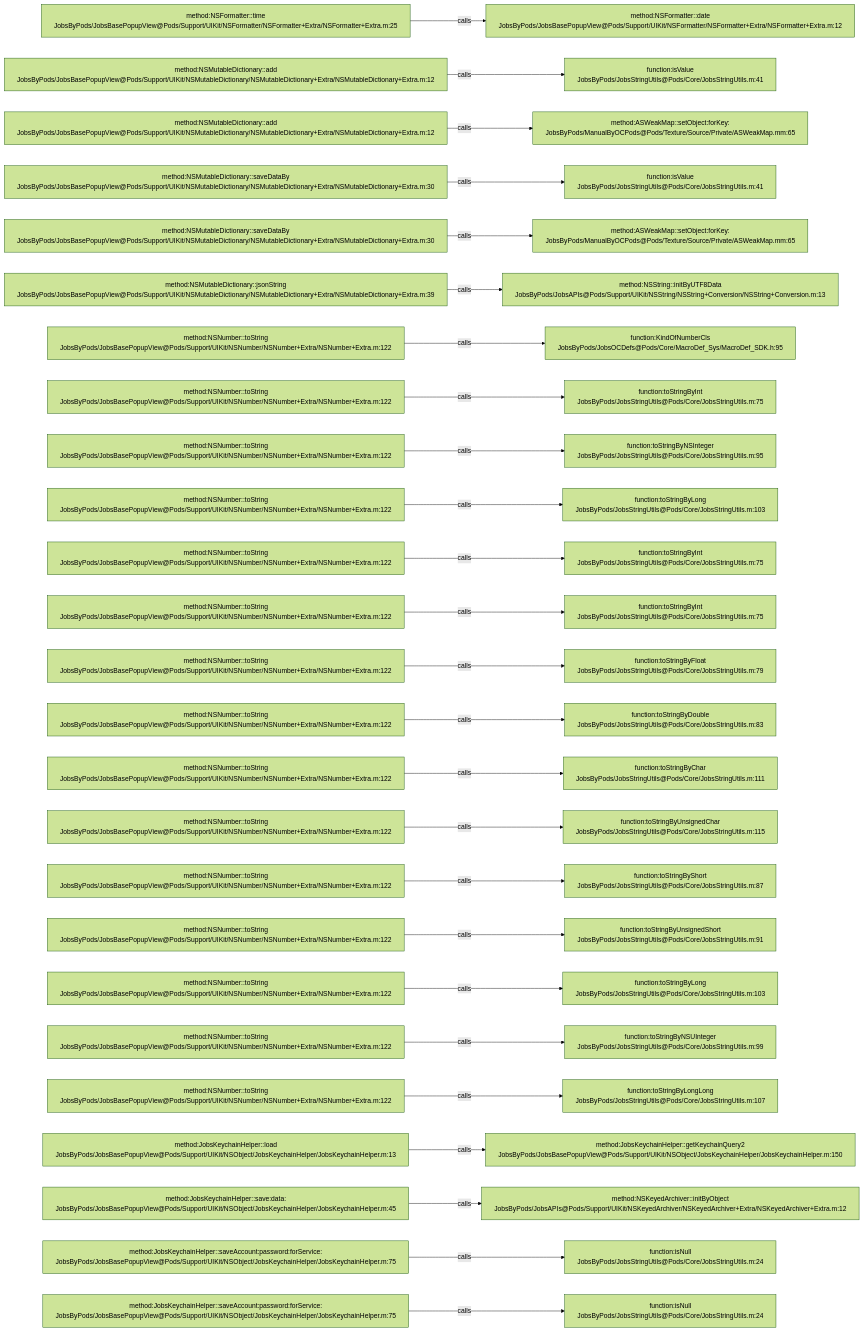
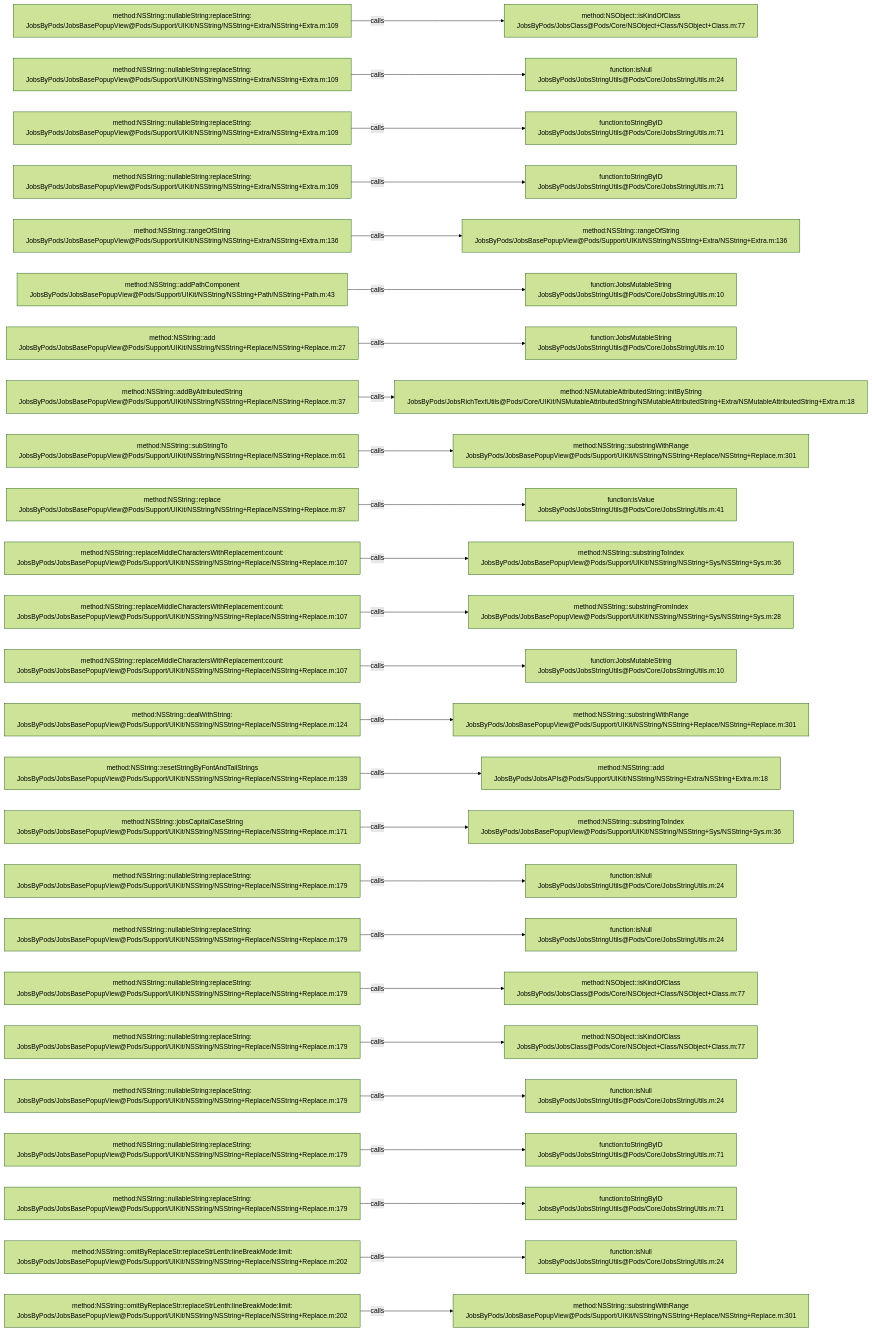
Before and after one commit to JobsKits/JobsOCBaseConfigDemo: the diagram in .codegraph/codegraph.md/graphs/calls-021.md, drawn with Mermaid (forest theme). The commit also changed 1026 other files, not shown here.

````diff
--- a/.codegraph/codegraph.md/graphs/calls-021.md
+++ b/.codegraph/codegraph.md/graphs/calls-021.md
@@ -13,78 +13,78 @@
 ```mermaid
 flowchart LR
-  S1["method:NSFormatter::time<br/>JobsByPods/JobsBasePopupView@Pods/Support/UIKit/NSFormatter/NSFormatter+Extra/NSFormatter+Extra.m:25"]
-  T1["method:NSFormatter::date<br/>JobsByPods/JobsBasePopupView@Pods/Support/UIKit/NSFormatter/NSFormatter+Extra/NSFormatter+Extra.m:12"]
+  S1["method:NSString::nullableString:replaceString:<br/>JobsByPods/JobsBasePopupView@Pods/Support/UIKit/NSString/NSString+Extra/NSString+Extra.m:109"]
+  T1["method:NSObject::isKindOfClass<br/>JobsByPods/JobsClass@Pods/Core/NSObject+Class/NSObject+Class.m:77"]
   S1 -->|calls| T1
-  S2["method:NSMutableDictionary::add<br/>JobsByPods/JobsBasePopupView@Pods/Support/UIKit/NSMutableDictionary/NSMutableDictionary+Extra/NSMutableDictionary+Extra.m:12"]
-  T2["function:isValue<br/>JobsByPods/JobsStringUtils@Pods/Core/JobsStringUtils.m:41"]
+  S2["method:NSString::nullableString:replaceString:<br/>JobsByPods/JobsBasePopupView@Pods/Support/UIKit/NSString/NSString+Extra/NSString+Extra.m:109"]
+  T2["function:isNull<br/>JobsByPods/JobsStringUtils@Pods/Core/JobsStringUtils.m:24"]
   S2 -->|calls| T2
-  S3["method:NSMutableDictionary::add<br/>JobsByPods/JobsBasePopupView@Pods/Support/UIKit/NSMutableDictionary/NSMutableDictionary+Extra/NSMutableDictionary+Extra.m:12"]
-  T3["method:ASWeakMap::setObject:forKey:<br/>JobsByPods/ManualByOCPods@Pods/Texture/Source/Private/ASWeakMap.mm:65"]
+  S3["method:NSString::nullableString:replaceString:<br/>JobsByPods/JobsBasePopupView@Pods/Support/UIKit/NSString/NSString+Extra/NSString+Extra.m:109"]
+  T3["function:toStringByID<br/>JobsByPods/JobsStringUtils@Pods/Core/JobsStringUtils.m:71"]
   S3 -->|calls| T3
-  S4["method:NSMutableDictionary::saveDataBy<br/>JobsByPods/JobsBasePopupView@Pods/Support/UIKit/NSMutableDictionary/NSMutableDictionary+Extra/NSMutableDictionary+Extra.m:30"]
-  T4["function:isValue<br/>JobsByPods/JobsStringUtils@Pods/Core/JobsStringUtils.m:41"]
+  S4["method:NSString::nullableString:replaceString:<br/>JobsByPods/JobsBasePopupView@Pods/Support/UIKit/NSString/NSString+Extra/NSString+Extra.m:109"]
+  T4["function:toStringByID<br/>JobsByPods/JobsStringUtils@Pods/Core/JobsStringUtils.m:71"]
   S4 -->|calls| T4
-  S5["method:NSMutableDictionary::saveDataBy<br/>JobsByPods/JobsBasePopupView@Pods/Support/UIKit/NSMutableDictionary/NSMutableDictionary+Extra/NSMutableDictionary+Extra.m:30"]
-  T5["method:ASWeakMap::setObject:forKey:<br/>JobsByPods/ManualByOCPods@Pods/Texture/Source/Private/ASWeakMap.mm:65"]
+  S5["method:NSString::rangeOfString<br/>JobsByPods/JobsBasePopupView@Pods/Support/UIKit/NSString/NSString+Extra/NSString+Extra.m:136"]
+  T5["method:NSString::rangeOfString<br/>JobsByPods/JobsBasePopupView@Pods/Support/UIKit/NSString/NSString+Extra/NSString+Extra.m:136"]
   S5 -->|calls| T5
-  S6["method:NSMutableDictionary::jsonString<br/>JobsByPods/JobsBasePopupView@Pods/Support/UIKit/NSMutableDictionary/NSMutableDictionary+Extra/NSMutableDictionary+Extra.m:39"]
-  T6["method:NSString::initByUTF8Data<br/>JobsByPods/JobsAPIs@Pods/Support/UIKit/NSString/NSString+Conversion/NSString+Conversion.m:13"]
+  S6["method:NSString::addPathComponent<br/>JobsByPods/JobsBasePopupView@Pods/Support/UIKit/NSString/NSString+Path/NSString+Path.m:43"]
+  T6["function:JobsMutableString<br/>JobsByPods/JobsStringUtils@Pods/Core/JobsStringUtils.m:10"]
   S6 -->|calls| T6
-  S7["method:NSNumber::toString<br/>JobsByPods/JobsBasePopupView@Pods/Support/UIKit/NSNumber/NSNumber+Extra/NSNumber+Extra.m:122"]
-  T7["function:KindOfNumberCls<br/>JobsByPods/JobsOCDefs@Pods/Core/MacroDef_Sys/MacroDef_SDK.h:95"]
+  S7["method:NSString::add<br/>JobsByPods/JobsBasePopupView@Pods/Support/UIKit/NSString/NSString+Replace/NSString+Replace.m:27"]
+  T7["function:JobsMutableString<br/>JobsByPods/JobsStringUtils@Pods/Core/JobsStringUtils.m:10"]
   S7 -->|calls| T7
-  S8["method:NSNumber::toString<br/>JobsByPods/JobsBasePopupView@Pods/Support/UIKit/NSNumber/NSNumber+Extra/NSNumber+Extra.m:122"]
-  T8["function:toStringByInt<br/>JobsByPods/JobsStringUtils@Pods/Core/JobsStringUtils.m:75"]
+  S8["method:NSString::addByAttributedString<br/>JobsByPods/JobsBasePopupView@Pods/Support/UIKit/NSString/NSString+Replace/NSString+Replace.m:37"]
+  T8["method:NSMutableAttributedString::initByString<br/>JobsByPods/JobsRichTextUtils@Pods/Core/UIKit/NSMutableAttributedString/NSMutableAttributedString+Extra/NSMutableAttributedString+Extra.m:18"]
   S8 -->|calls| T8
-  S9["method:NSNumber::toString<br/>JobsByPods/JobsBasePopupView@Pods/Support/UIKit/NSNumber/NSNumber+Extra/NSNumber+Extra.m:122"]
-  T9["function:toStringByNSInteger<br/>JobsByPods/JobsStringUtils@Pods/Core/JobsStringUtils.m:95"]
+  S9["method:NSString::subStringTo<br/>JobsByPods/JobsBasePopupView@Pods/Support/UIKit/NSString/NSString+Replace/NSString+Replace.m:61"]
+  T9["method:NSString::substringWithRange<br/>JobsByPods/JobsBasePopupView@Pods/Support/UIKit/NSString/NSString+Replace/NSString+Replace.m:301"]
   S9 -->|calls| T9
-  S10["method:NSNumber::toString<br/>JobsByPods/JobsBasePopupView@Pods/Support/UIKit/NSNumber/NSNumber+Extra/NSNumber+Extra.m:122"]
-  T10["function:toStringByLong<br/>JobsByPods/JobsStringUtils@Pods/Core/JobsStringUtils.m:103"]
+  S10["method:NSString::replace<br/>JobsByPods/JobsBasePopupView@Pods/Support/UIKit/NSString/NSString+Replace/NSString+Replace.m:87"]
+  T10["function:isValue<br/>JobsByPods/JobsStringUtils@Pods/Core/JobsStringUtils.m:41"]
   S10 -->|calls| T10
-  S11["method:NSNumber::toString<br/>JobsByPods/JobsBasePopupView@Pods/Support/UIKit/NSNumber/NSNumber+Extra/NSNumber+Extra.m:122"]
-  T11["function:toStringByInt<br/>JobsByPods/JobsStringUtils@Pods/Core/JobsStringUtils.m:75"]
+  S11["method:NSString::replaceMiddleCharactersWithReplacement:count:<br/>JobsByPods/JobsBasePopupView@Pods/Support/UIKit/NSString/NSString+Replace/NSString+Replace.m:107"]
+  T11["method:NSString::substringToIndex<br/>JobsByPods/JobsBasePopupView@Pods/Support/UIKit/NSString/NSString+Sys/NSString+Sys.m:36"]
   S11 -->|calls| T11
-  S12["method:NSNumber::toString<br/>JobsByPods/JobsBasePopupView@Pods/Support/UIKit/NSNumber/NSNumber+Extra/NSNumber+Extra.m:122"]
-  T12["function:toStringByInt<br/>JobsByPods/JobsStringUtils@Pods/Core/JobsStringUtils.m:75"]
+  S12["method:NSString::replaceMiddleCharactersWithReplacement:count:<br/>JobsByPods/JobsBasePopupView@Pods/Support/UIKit/NSString/NSString+Replace/NSString+Replace.m:107"]
+  T12["method:NSString::substringFromIndex<br/>JobsByPods/JobsBasePopupView@Pods/Support/UIKit/NSString/NSString+Sys/NSString+Sys.m:28"]
   S12 -->|calls| T12
-  S13["method:NSNumber::toString<br/>JobsByPods/JobsBasePopupView@Pods/Support/UIKit/NSNumber/NSNumber+Extra/NSNumber+Extra.m:122"]
-  T13["function:toStringByFloat<br/>JobsByPods/JobsStringUtils@Pods/Core/JobsStringUtils.m:79"]
+  S13["method:NSString::replaceMiddleCharactersWithReplacement:count:<br/>JobsByPods/JobsBasePopupView@Pods/Support/UIKit/NSString/NSString+Replace/NSString+Replace.m:107"]
+  T13["function:JobsMutableString<br/>JobsByPods/JobsStringUtils@Pods/Core/JobsStringUtils.m:10"]
   S13 -->|calls| T13
-  S14["method:NSNumber::toString<br/>JobsByPods/JobsBasePopupView@Pods/Support/UIKit/NSNumber/NSNumber+Extra/NSNumber+Extra.m:122"]
-  T14["function:toStringByDouble<br/>JobsByPods/JobsStringUtils@Pods/Core/JobsStringUtils.m:83"]
+  S14["method:NSString::dealWithString:<br/>JobsByPods/JobsBasePopupView@Pods/Support/UIKit/NSString/NSString+Replace/NSString+Replace.m:124"]
+  T14["method:NSString::substringWithRange<br/>JobsByPods/JobsBasePopupView@Pods/Support/UIKit/NSString/NSString+Replace/NSString+Replace.m:301"]
   S14 -->|calls| T14
-  S15["method:NSNumber::toString<br/>JobsByPods/JobsBasePopupView@Pods/Support/UIKit/NSNumber/NSNumber+Extra/NSNumber+Extra.m:122"]
-  T15["function:toStringByChar<br/>JobsByPods/JobsStringUtils@Pods/Core/JobsStringUtils.m:111"]
+  S15["method:NSString::resetStringByFontAndTailStrings<br/>JobsByPods/JobsBasePopupView@Pods/Support/UIKit/NSString/NSString+Replace/NSString+Replace.m:139"]
+  T15["method:NSString::add<br/>JobsByPods/JobsAPIs@Pods/Support/UIKit/NSString/NSString+Extra/NSString+Extra.m:18"]
   S15 -->|calls| T15
-  S16["method:NSNumber::toString<br/>JobsByPods/JobsBasePopupView@Pods/Support/UIKit/NSNumber/NSNumber+Extra/NSNumber+Extra.m:122"]
-  T16["function:toStringByUnsignedChar<br/>JobsByPods/JobsStringUtils@Pods/Core/JobsStringUtils.m:115"]
+  S16["method:NSString::jobsCapitalCaseString<br/>JobsByPods/JobsBasePopupView@Pods/Support/UIKit/NSString/NSString+Replace/NSString+Replace.m:171"]
+  T16["method:NSString::substringToIndex<br/>JobsByPods/JobsBasePopupView@Pods/Support/UIKit/NSString/NSString+Sys/NSString+Sys.m:36"]
   S16 -->|calls| T16
-  S17["method:NSNumber::toString<br/>JobsByPods/JobsBasePopupView@Pods/Support/UIKit/NSNumber/NSNumber+Extra/NSNumber+Extra.m:122"]
-  T17["function:toStringByShort<br/>JobsByPods/JobsStringUtils@Pods/Core/JobsStringUtils.m:87"]
+  S17["method:NSString::nullableString:replaceString:<br/>JobsByPods/JobsBasePopupView@Pods/Support/UIKit/NSString/NSString+Replace/NSString+Replace.m:179"]
+  T17["function:isNull<br/>JobsByPods/JobsStringUtils@Pods/Core/JobsStringUtils.m:24"]
   S17 -->|calls| T17
-  S18["method:NSNumber::toString<br/>JobsByPods/JobsBasePopupView@Pods/Support/UIKit/NSNumber/NSNumber+Extra/NSNumber+Extra.m:122"]
-  T18["function:toStringByUnsignedShort<br/>JobsByPods/JobsStringUtils@Pods/Core/JobsStringUtils.m:91"]
+  S18["method:NSString::nullableString:replaceString:<br/>JobsByPods/JobsBasePopupView@Pods/Support/UIKit/NSString/NSString+Replace/NSString+Replace.m:179"]
+  T18["function:isNull<br/>JobsByPods/JobsStringUtils@Pods/Core/JobsStringUtils.m:24"]
   S18 -->|calls| T18
-  S19["method:NSNumber::toString<br/>JobsByPods/JobsBasePopupView@Pods/Support/UIKit/NSNumber/NSNumber+Extra/NSNumber+Extra.m:122"]
-  T19["function:toStringByLong<br/>JobsByPods/JobsStringUtils@Pods/Core/JobsStringUtils.m:103"]
+  S19["method:NSString::nullableString:replaceString:<br/>JobsByPods/JobsBasePopupView@Pods/Support/UIKit/NSString/NSString+Replace/NSString+Replace.m:179"]
+  T19["method:NSObject::isKindOfClass<br/>JobsByPods/JobsClass@Pods/Core/NSObject+Class/NSObject+Class.m:77"]
   S19 -->|calls| T19
-  S20["method:NSNumber::toString<br/>JobsByPods/JobsBasePopupView@Pods/Support/UIKit/NSNumber/NSNumber+Extra/NSNumber+Extra.m:122"]
-  T20["function:toStringByNSUInteger<br/>JobsByPods/JobsStringUtils@Pods/Core/JobsStringUtils.m:99"]
+  S20["method:NSString::nullableString:replaceString:<br/>JobsByPods/JobsBasePopupView@Pods/Support/UIKit/NSString/NSString+Replace/NSString+Replace.m:179"]
+  T20["method:NSObject::isKindOfClass<br/>JobsByPods/JobsClass@Pods/Core/NSObject+Class/NSObject+Class.m:77"]
   S20 -->|calls| T20
-  S21["method:NSNumber::toString<br/>JobsByPods/JobsBasePopupView@Pods/Support/UIKit/NSNumber/NSNumber+Extra/NSNumber+Extra.m:122"]
-  T21["function:toStringByLongLong<br/>JobsByPods/JobsStringUtils@Pods/Core/JobsStringUtils.m:107"]
+  S21["method:NSString::nullableString:replaceString:<br/>JobsByPods/JobsBasePopupView@Pods/Support/UIKit/NSString/NSString+Replace/NSString+Replace.m:179"]
+  T21["function:isNull<br/>JobsByPods/JobsStringUtils@Pods/Core/JobsStringUtils.m:24"]
   S21 -->|calls| T21
-  S22["method:JobsKeychainHelper::load<br/>JobsByPods/JobsBasePopupView@Pods/Support/UIKit/NSObject/JobsKeychainHelper/JobsKeychainHelper.m:13"]
-  T22["method:JobsKeychainHelper::getKeychainQuery2<br/>JobsByPods/JobsBasePopupView@Pods/Support/UIKit/NSObject/JobsKeychainHelper/JobsKeychainHelper.m:150"]
+  S22["method:NSString::nullableString:replaceString:<br/>JobsByPods/JobsBasePopupView@Pods/Support/UIKit/NSString/NSString+Replace/NSString+Replace.m:179"]
+  T22["function:toStringByID<br/>JobsByPods/JobsStringUtils@Pods/Core/JobsStringUtils.m:71"]
   S22 -->|calls| T22
-  S23["method:JobsKeychainHelper::save:data:<br/>JobsByPods/JobsBasePopupView@Pods/Support/UIKit/NSObject/JobsKeychainHelper/JobsKeychainHelper.m:45"]
-  T23["method:NSKeyedArchiver::initByObject<br/>JobsByPods/JobsAPIs@Pods/Support/UIKit/NSKeyedArchiver/NSKeyedArchiver+Extra/NSKeyedArchiver+Extra.m:12"]
+  S23["method:NSString::nullableString:replaceString:<br/>JobsByPods/JobsBasePopupView@Pods/Support/UIKit/NSString/NSString+Replace/NSString+Replace.m:179"]
+  T23["function:toStringByID<br/>JobsByPods/JobsStringUtils@Pods/Core/JobsStringUtils.m:71"]
   S23 -->|calls| T23
-  S24["method:JobsKeychainHelper::saveAccount:password:forService:<br/>JobsByPods/JobsBasePopupView@Pods/Support/UIKit/NSObject/JobsKeychainHelper/JobsKeychainHelper.m:75"]
+  S24["method:NSString::omitByReplaceStr:replaceStrLenth:lineBreakMode:limit:<br/>JobsByPods/JobsBasePopupView@Pods/Support/UIKit/NSString/NSString+Replace/NSString+Replace.m:202"]
   T24["function:isNull<br/>JobsByPods/JobsStringUtils@Pods/Core/JobsStringUtils.m:24"]
   S24 -->|calls| T24
-  S25["method:JobsKeychainHelper::saveAccount:password:forService:<br/>JobsByPods/JobsBasePopupView@Pods/Support/UIKit/NSObject/JobsKeychainHelper/JobsKeychainHelper.m:75"]
-  T25["function:isNull<br/>JobsByPods/JobsStringUtils@Pods/Core/JobsStringUtils.m:24"]
+  S25["method:NSString::omitByReplaceStr:replaceStrLenth:lineBreakMode:limit:<br/>JobsByPods/JobsBasePopupView@Pods/Support/UIKit/NSString/NSString+Replace/NSString+Replace.m:202"]
+  T25["method:NSString::substringWithRange<br/>JobsByPods/JobsBasePopupView@Pods/Support/UIKit/NSString/NSString+Replace/NSString+Replace.m:301"]
   S25 -->|calls| T25
 ```
````
